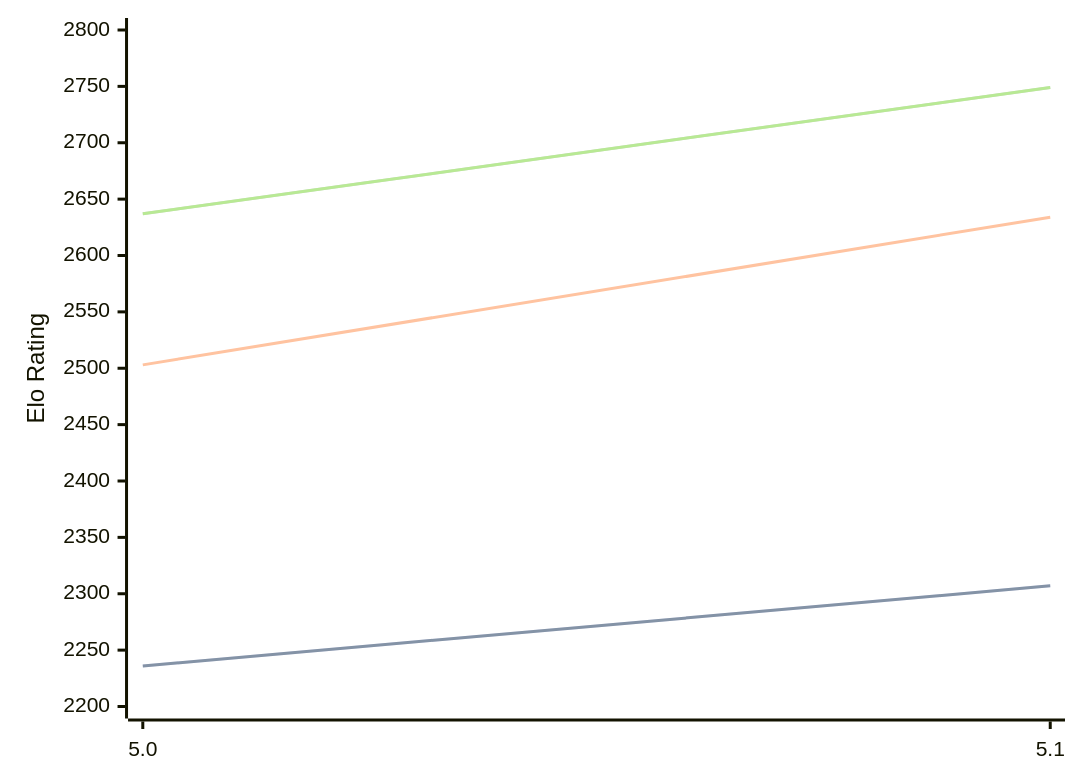
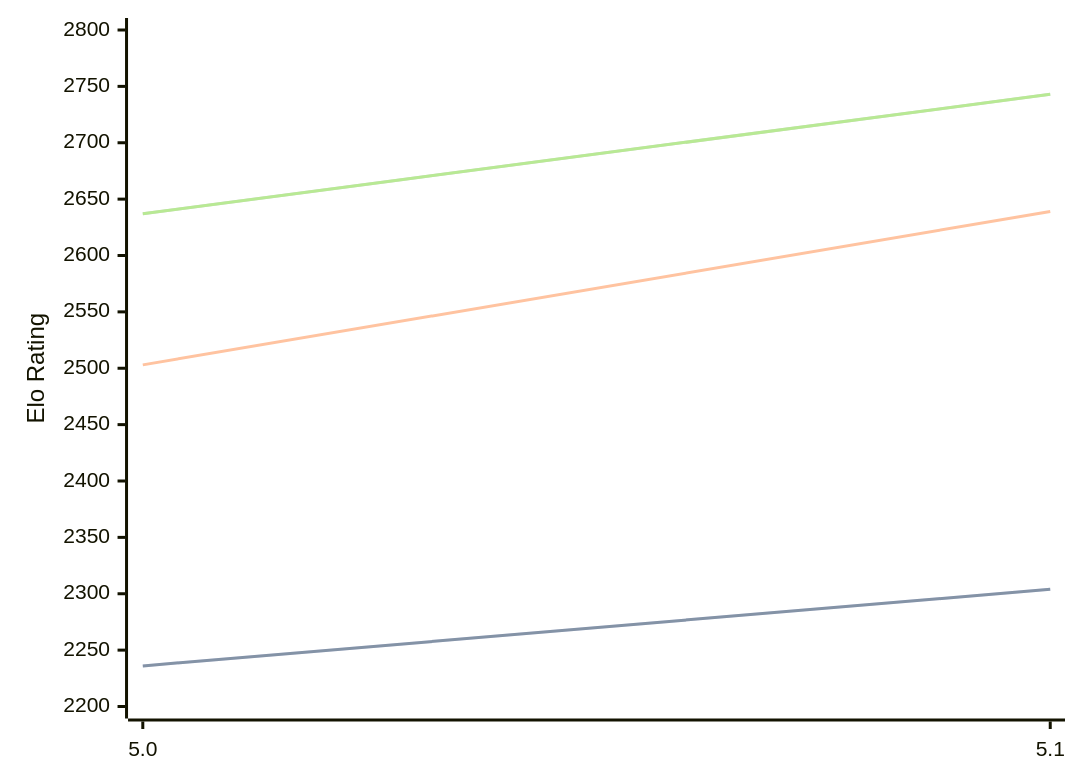
Before and after one commit to computer-chess-index/cci: the diagram in engines/Dorky.md, drawn with Mermaid. The commit also changed other lines of this file, not shown here.

Commit message:
Update CCI Ratings (ELO VLTC) - 2026-08-25

````diff
--- a/engines/Dorky.md
+++ b/engines/Dorky.md
@@ -32,11 +32,11 @@
 ```mermaid
 %%{init: {"theme":"base","themeVariables":{"seriesColors:['#a3a3a3','#222221','#faa371']}}}%%
 xychart-beta
   x-axis ["5.0", "5.1"]
   y-axis "Elo Rating" 2200 --> 2800
-  line "STC (8.0+0.08s)" [2236, 2307]
-  line "STC (8.0+0.08s)" [2236, 2307]
-  line "LTC (60.0+0.60s)" [2503, 2634]
-  line "VLTC (2m24s+1.12s)" [2637, 2749]
-  line "VLTC (2m24s+1.12s)" [2637, 2749]
+  line "STC (8.0+0.08s)" [2236, 2304]
+  line "STC (8.0+0.08s)" [2236, 2304]
+  line "LTC (60.0+0.60s)" [2503, 2639]
+  line "VLTC (2m24s+1.12s)" [2637, 2743]
+  line "VLTC (2m24s+1.12s)" [2637, 2743]
 ```
````
